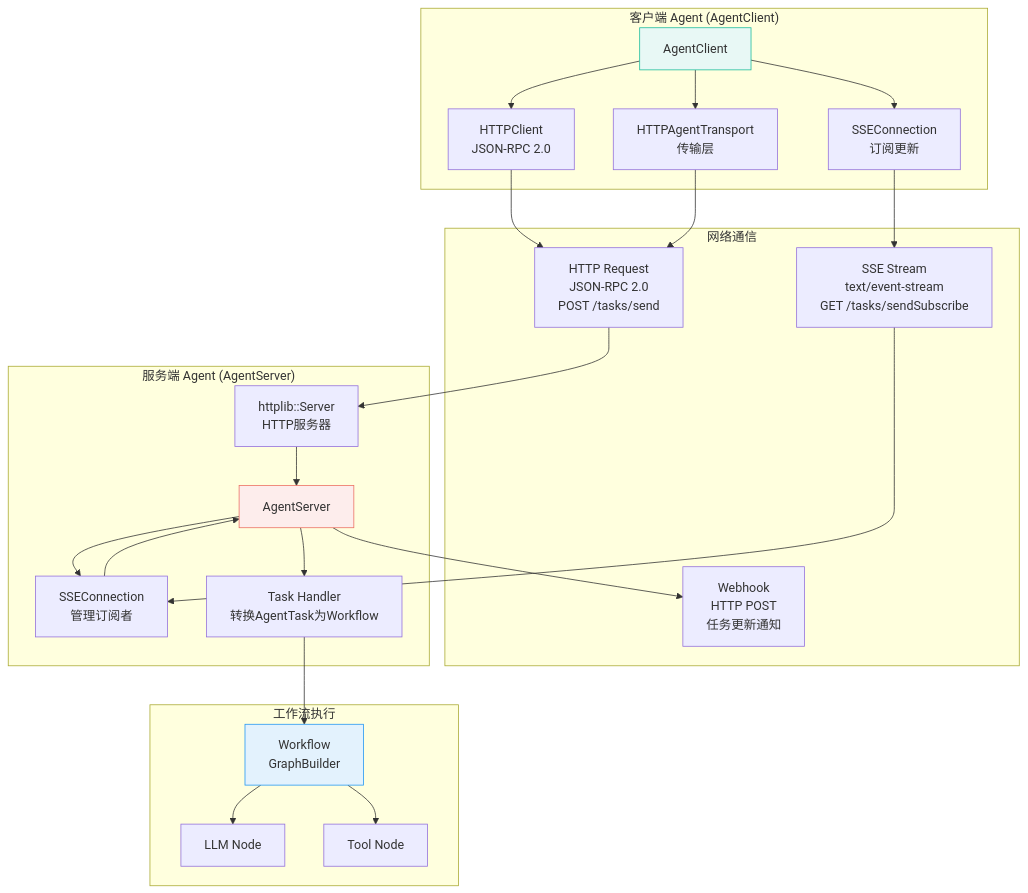
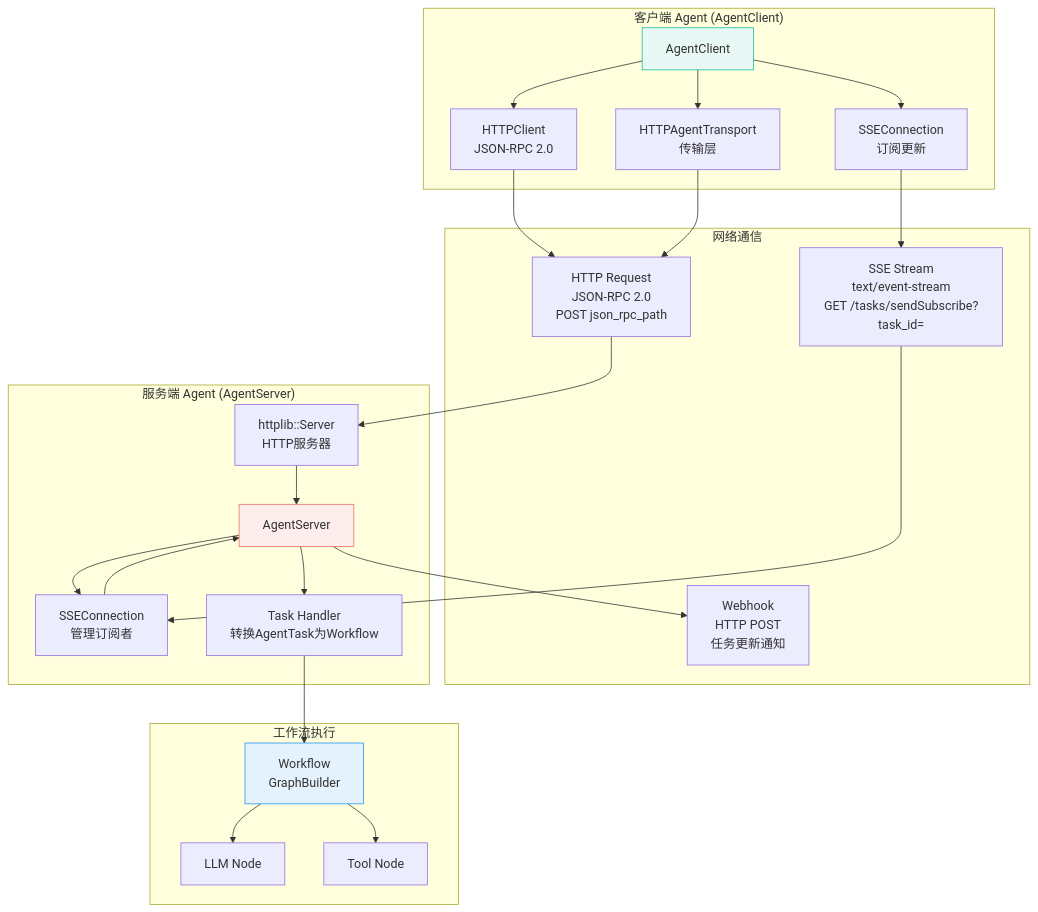
One commit to Mapoet/taskflow changed the seventh of 8 diagrams in agent_framework/docs/architecture/overview.md. Above: the diagram before and after it, drawn with Mermaid. The commit also changed other lines of this file and 16 other files, not shown here.

````diff
--- a/agent_framework/docs/architecture/overview.md
+++ b/agent_framework/docs/architecture/overview.md
@@ -2746,54 +2748,54 @@
 ```mermaid
 graph TB
     subgraph "客户端 Agent (AgentClient)"
         CLIENT[AgentClient]
         HTTP_CLIENT[HTTPClient<br/>JSON-RPC 2.0]
         SSE_CLIENT[SSEConnection<br/>订阅更新]
         TRANSPORT_CLIENT[HTTPAgentTransport<br/>传输层]
     end
     
     subgraph "网络通信"
-        HTTP_REQ[HTTP Request<br/>JSON-RPC 2.0<br/>POST /tasks/send]
-        SSE_STREAM[SSE Stream<br/>text/event-stream<br/>GET /tasks/sendSubscribe]
+        HTTP_REQ[HTTP Request<br/>JSON-RPC 2.0<br/>POST json_rpc_path]
+        SSE_STREAM[SSE Stream<br/>text/event-stream<br/>GET /tasks/sendSubscribe?task_id=]
         WEBHOOK[Webhook<br/>HTTP POST<br/>任务更新通知]
     end
     
     subgraph "服务端 Agent (AgentServer)"
         SERVER[AgentServer]
         HTTP_SERVER[httplib::Server<br/>HTTP服务器]
         SSE_SERVER[SSEConnection<br/>管理订阅者]
         TASK_HANDLER[Task Handler<br/>转换AgentTask为Workflow]
     end
     
     subgraph "工作流执行"
         WORKFLOW[Workflow<br/>GraphBuilder]
         LLM_NODE[LLM Node]
         TOOL_NODE[Tool Node]
     end
     
     CLIENT --> HTTP_CLIENT
     CLIENT --> SSE_CLIENT
     CLIENT --> TRANSPORT_CLIENT
     
     HTTP_CLIENT --> HTTP_REQ
     SSE_CLIENT --> SSE_STREAM
     TRANSPORT_CLIENT --> HTTP_REQ
     
     HTTP_REQ --> HTTP_SERVER
     SSE_STREAM --> SSE_SERVER
     
     HTTP_SERVER --> SERVER
     SSE_SERVER --> SERVER
     
     SERVER --> TASK_HANDLER
     TASK_HANDLER --> WORKFLOW
     WORKFLOW --> LLM_NODE
     WORKFLOW --> TOOL_NODE
     
     SERVER --> SSE_SERVER
     SERVER --> WEBHOOK
     
     style CLIENT fill:#E8F8F5,stroke:#1ABC9C
     style SERVER fill:#FDEDEC,stroke:#EC7063
     style WORKFLOW fill:#E3F2FD,stroke:#2196F3
 ```
````
